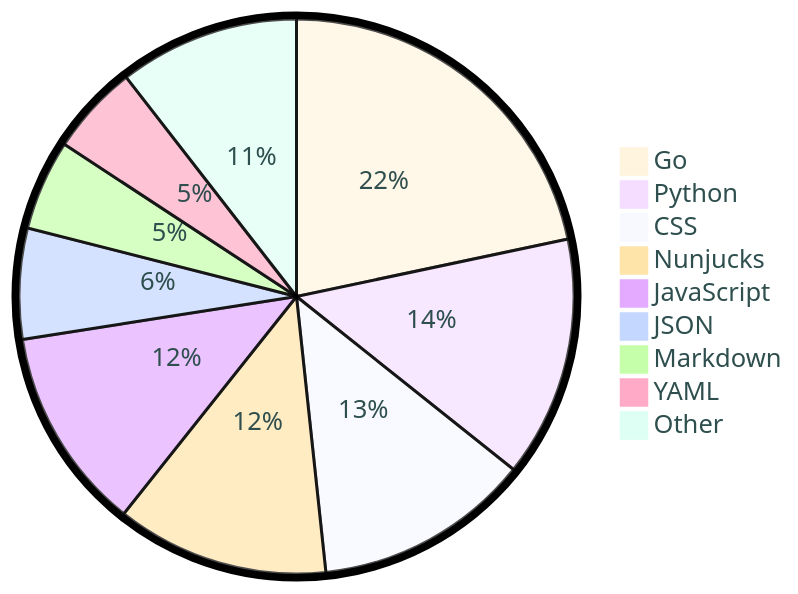
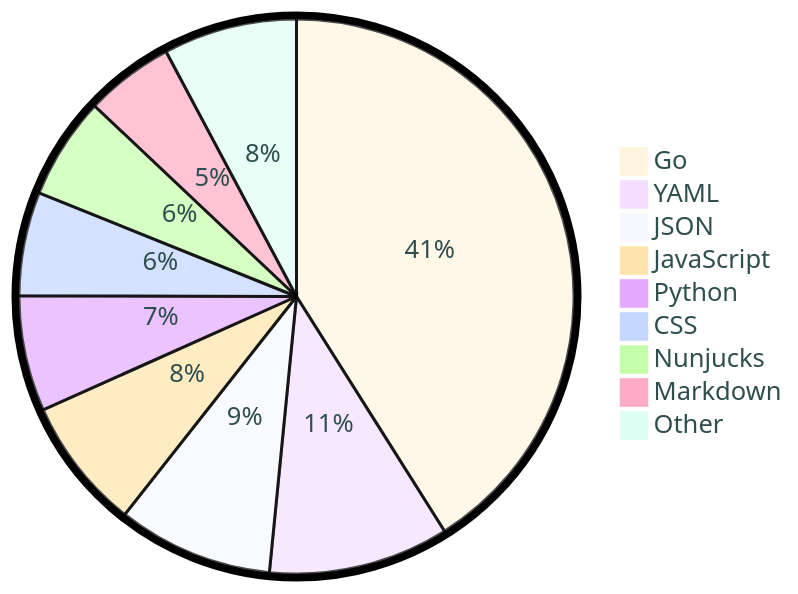
Before and after one commit to tot0p/tot0p: the diagram in README.md, drawn with Mermaid. The commit also changed other lines of this file, not shown here.

````diff
--- a/README.md
+++ b/README.md
@@ -129,13 +137,13 @@
 ```mermaid
 %%{init: {"pie": {"textPosition": 0.5}, "themeVariables": {"pieOuterStrokeWidth": "5px","primaryTextColor" : "#2F4F4F"},"theme":"base"} }%%
 pie
-	"Go": 21.68
-	"Python": 14.03
-	"CSS": 12.6
-	"Nunjucks": 12.38
-	"JavaScript": 11.83
-	"JSON": 6.45
-	"Markdown": 5.27
-	"YAML": 5.25
-	"Other": 10.51
+	"Go": 41.05
+	"YAML": 10.52
+	"JSON": 9.06
+	"JavaScript": 7.69
+	"Python": 6.74
+	"CSS": 6.05
+	"Nunjucks": 5.95
+	"Markdown": 5.17
+	"Other": 7.789999999999999
 ```
````
